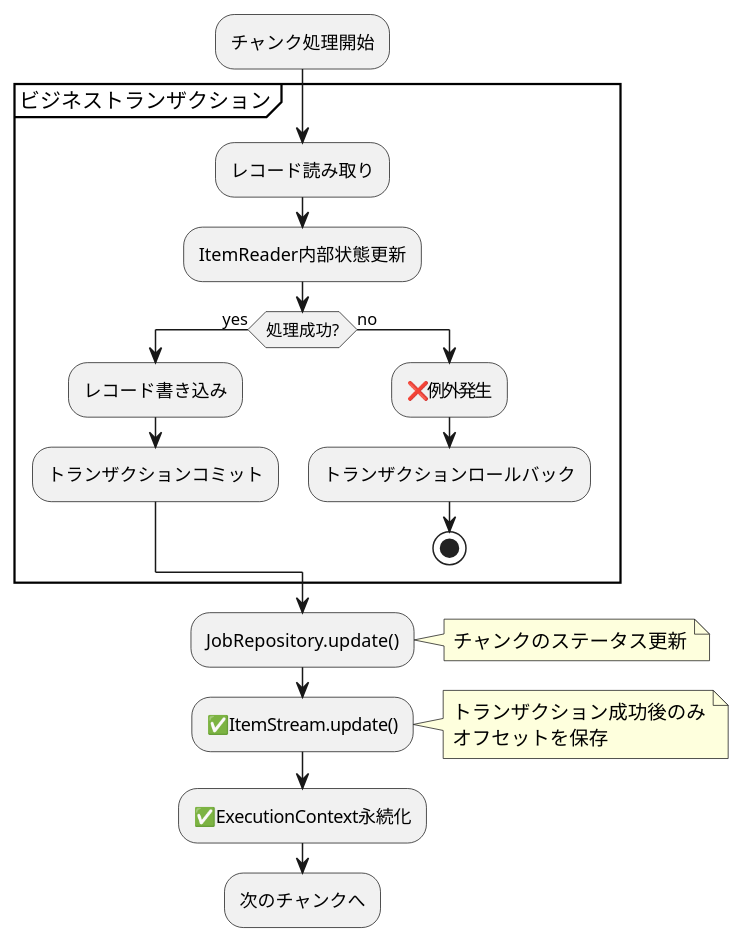
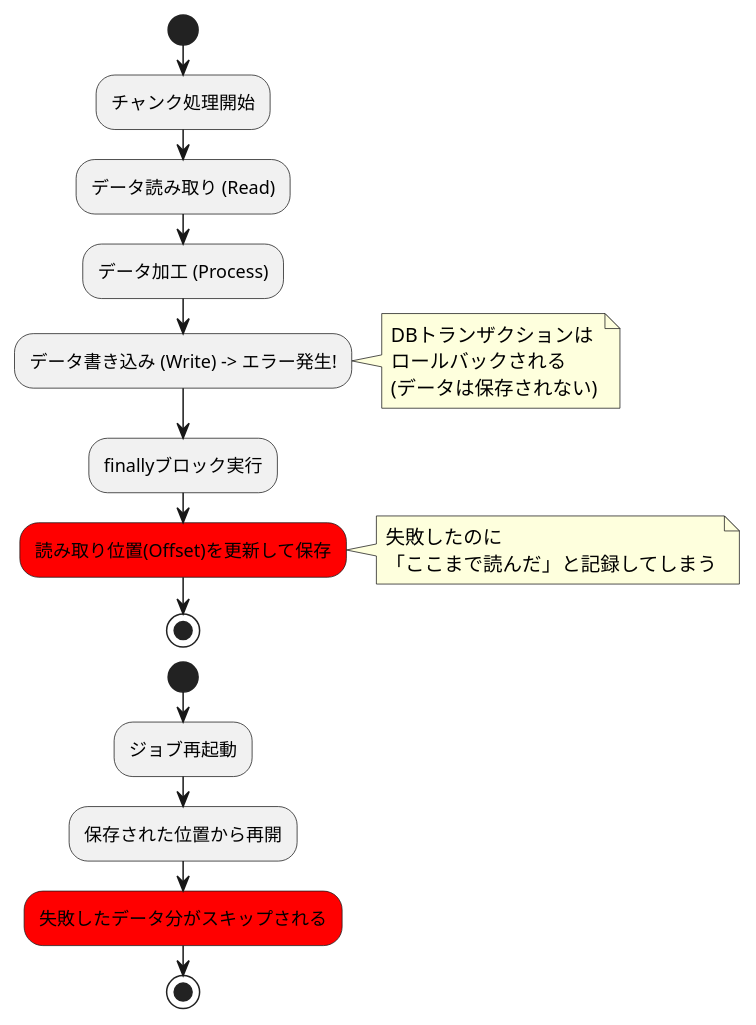
The diagram in output/spring-batch/6.0.2/open/current/markdown/issues_summary/issue_5182.md (mochimoching/github_issue_translate), drawn with PlantUML before and after one commit. The commit also changed other lines of this file and 85 other files, not shown here.

````diff
--- a/output/spring-batch/6.0.2/open/current/markdown/issues_summary/issue_5182.md
+++ b/output/spring-batch/6.0.2/open/current/markdown/issues_summary/issue_5182.md
@@ -252,37 +16,29 @@
 ```plantuml
 @startuml
-skinparam backgroundColor transparent
-
+start
 :チャンク処理開始;
-
-partition "ビジネストランザクション" {
-  :レコード読み取り;
-  :ItemReader内部状態更新;
-  
-  if (処理成功?) then (yes)
-    :レコード書き込み;
-    :トランザクションコミット;
-  else (no)
-    :❌例外発生;
-    :トランザクションロールバック;
-    stop
-  endif
-}
-
-:JobRepository.update();
+:データ読み取り (Read);
+:データ加工 (Process);
+:データ書き込み (Write) -> エラー発生!;
 note right
-  チャンクのステータス更新
+  DBトランザクションは
+  ロールバックされる
+  (データは保存されない)
 end note
 
-:✅ItemStream.update();
+:finallyブロック実行;
+#red:読み取り位置(Offset)を更新して保存;
 note right
-  トランザクション成功後のみ
-  オフセットを保存
+  失敗したのに
+  「ここまで読んだ」と記録してしまう
 end note
 
-:✅ExecutionContext永続化;
+stop
 
-:次のチャンクへ;
-
+start
+:ジョブ再起動;
+:保存された位置から再開;
+#red:失敗したデータ分がスキップされる;
+stop
 @enduml
 ```
````
